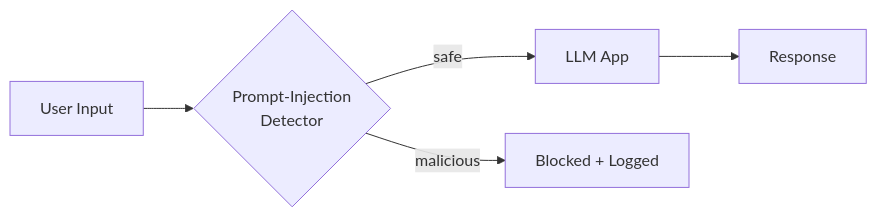
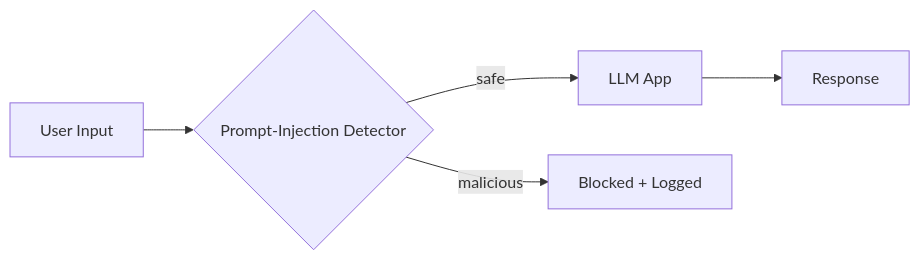
Before and after one commit to mulugumanishkumar2006-del/mulugumanishkumar2006-del: the third of 3 diagrams in README.md, drawn with Mermaid. The commit also changed other lines of this file, not shown here.

````diff
--- a/README.md
+++ b/README.md
@@ -208,7 +190,7 @@
 ```mermaid
 flowchart LR
-    U[User Input] --> D{Prompt-Injection<br/>Detector}
+    U[User Input] --> D{Prompt-Injection Detector}
     D -- safe --> L[LLM App]
     D -- malicious --> X[Blocked + Logged]
     L --> O[Response]
 ```
````
